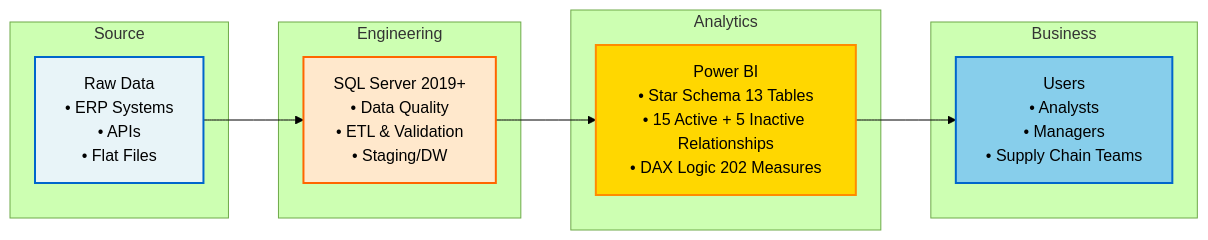
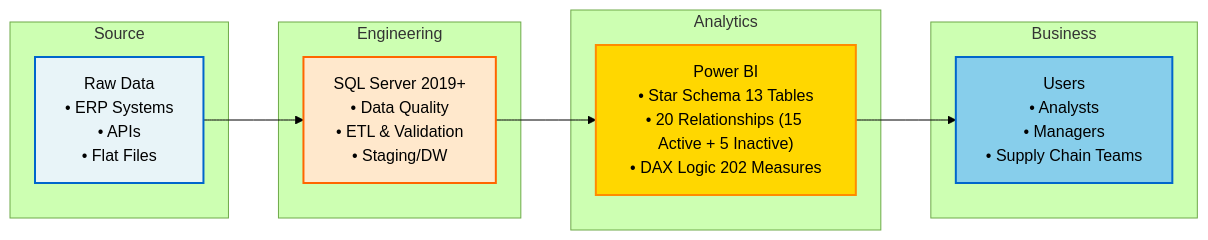
One commit to Data-Marc/pharma-logistics-bi changed the diagram in README.md. Above: the diagram before and after it, drawn with Mermaid (forest theme). The commit also changed other lines of this file and 2 other files, not shown here.

Commit message:
docs: Fix README consistency - standardize relationships and measures across EN, FR, ES versions

````diff
--- a/README.md
+++ b/README.md
@@ -43,27 +43,27 @@
 ```mermaid
 graph LR
     subgraph "Source"
     A["Raw Data<br/>• ERP Systems<br/>• APIs<br/>• Flat Files"]
     end
     
     subgraph "Engineering"
     B["SQL Server 2019+<br/>• Data Quality<br/>• ETL & Validation<br/>• Staging/DW"]
     end
     
     subgraph "Analytics"
-    C["Power BI<br/>• Star Schema 13 Tables<br/>• 15 Active + 5 Inactive Relationships<br/>• DAX Logic 202 Measures"]
+    C["Power BI<br/>• Star Schema 13 Tables<br/>• 20 Relationships (15 Active + 5 Inactive)<br/>• DAX Logic 202 Measures"]
     end
     
     subgraph "Business"
     D["Users<br/>• Analysts<br/>• Managers<br/>• Supply Chain Teams"]
     end
 
     A --> B
     B --> C
     C --> D
     
     style A fill:#e8f4f8,stroke:#0066cc,stroke-width:2px,color:#000
     style B fill:#ffe8cc,stroke:#ff6600,stroke-width:2px,color:#000
     style C fill:#ffd700,stroke:#ff8c00,stroke-width:2px,color:#000
     style D fill:#87ceeb,stroke:#0066cc,stroke-width:2px,color:#000
 ```
````
